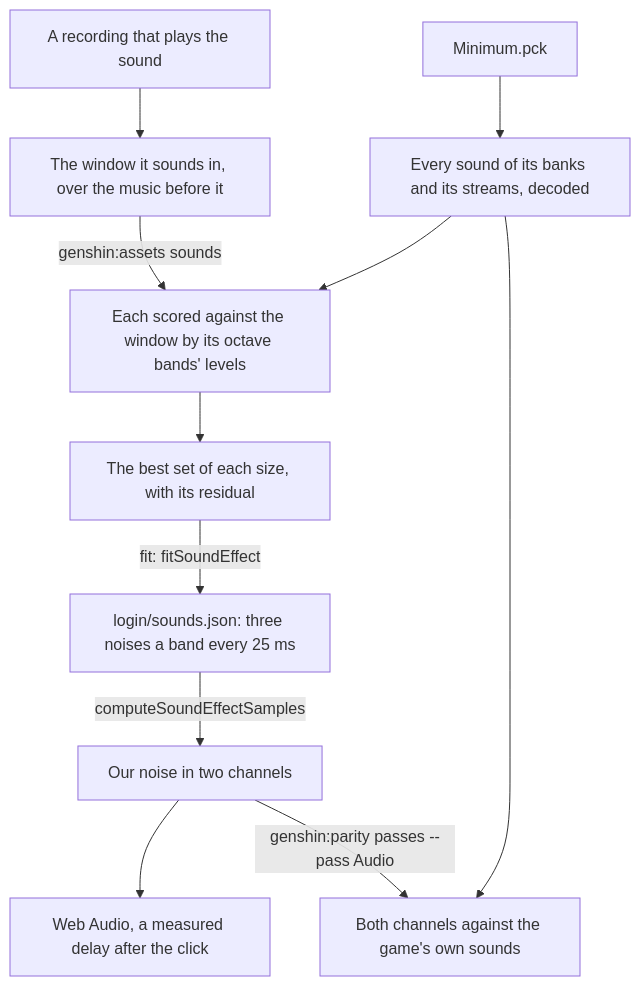
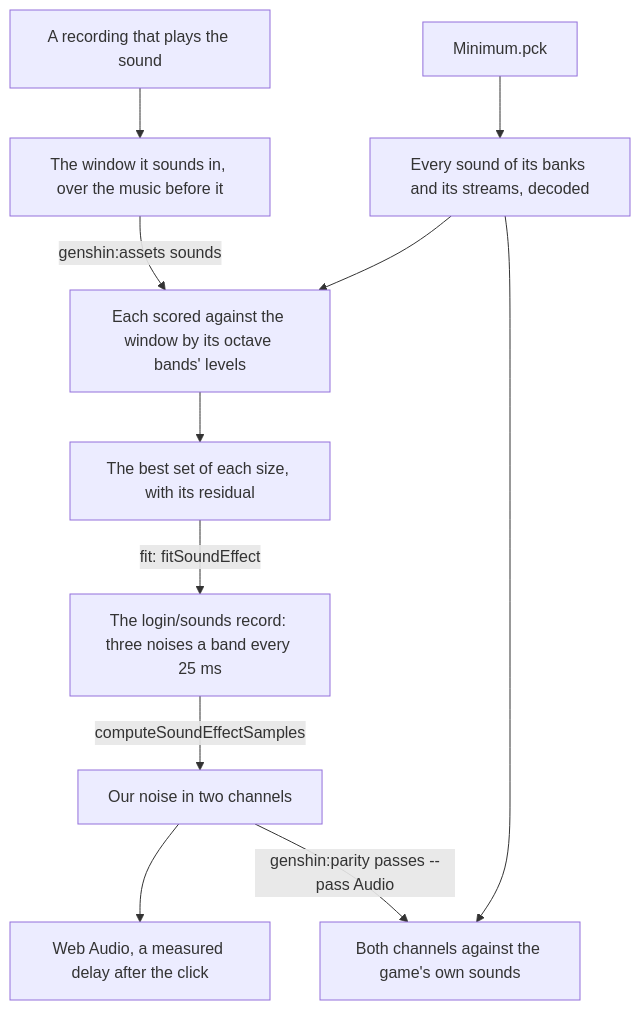
Before and after one commit to Esposter/Esposter: the diagram in apps/web/content/docs/genshin/sound-effects.md, drawn with Mermaid. The commit also changed 16 other files, not shown here.

````diff
--- a/apps/web/content/docs/genshin/sound-effects.md
+++ b/apps/web/content/docs/genshin/sound-effects.md
@@ -12,13 +12,13 @@
 ```mermaid
 flowchart TD
   R["A recording that plays the sound"] --> W["The window it sounds in, over the music before it"]
   P["Minimum.pck"] --> D["Every sound of its banks and its streams, decoded"]
   D --> M["Each scored against the window by its octave bands' levels"]
   W -->|"genshin:assets sounds"| M
   M --> S["The best set of each size, with its residual"]
-  S -->|"fit: fitSoundEffect"| L["login/sounds.json: three noises a band every 25 ms"]
+  S -->|"fit: fitSoundEffect"| L["The login/sounds record: three noises a band every 25 ms"]
   L -->|"computeSoundEffectSamples"| N["Our noise in two channels"]
   N --> A["Web Audio, a measured delay after the click"]
   N -->|"genshin:parity passes --pass Audio"| G["Both channels against the game's own sounds"]
   D --> G
 ```
````
